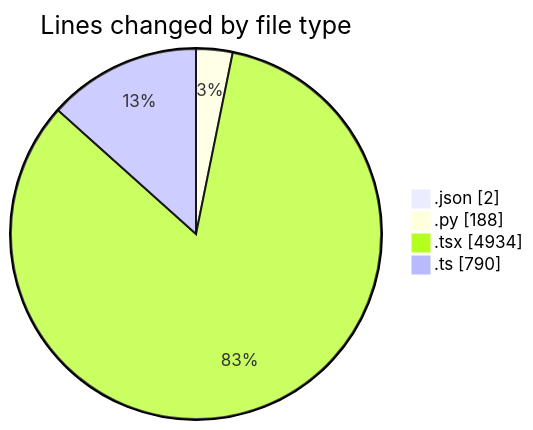
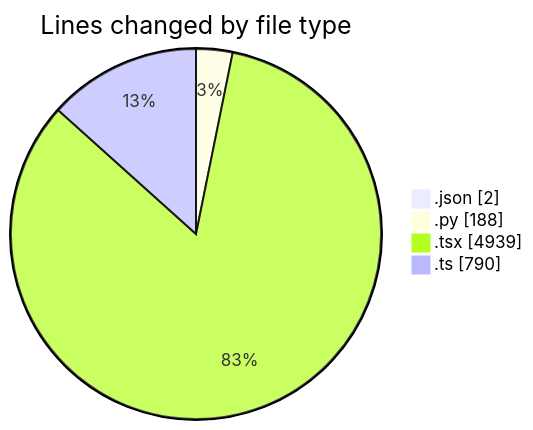
Before and after one commit to julien-gomy/code-tracking: the first of 2 diagrams in 2025-10-06/eventscop-frontend-guide__workspace_/README.md, drawn with Mermaid. The commit also changed other lines of this file and 1 other file, not shown here.

````diff
--- a/2025-10-06/eventscop-frontend-guide__workspace_/README.md
+++ b/2025-10-06/eventscop-frontend-guide__workspace_/README.md
@@ -56,8 +56,8 @@
 ```mermaid
 pie showData
 title Lines changed by file type
 ".json" : 2
 ".py" : 188
-".tsx" : 4934
+".tsx" : 4939
 ".ts" : 790
 ```
````
